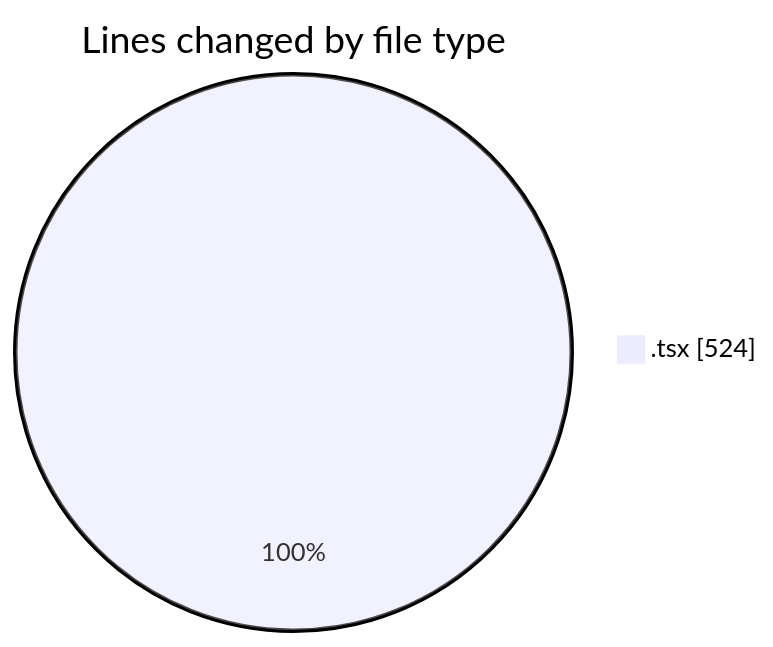
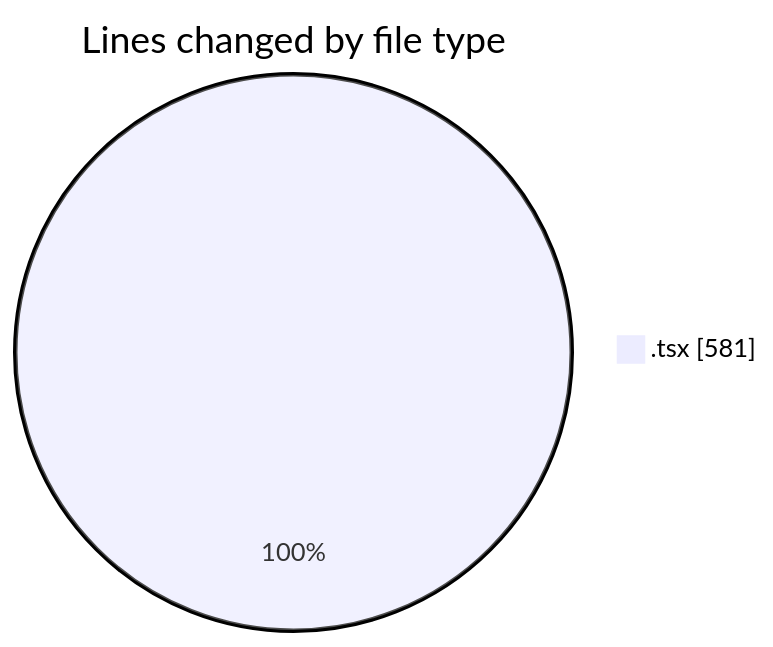
The first of 2 diagrams in 2026-03-10/nxtqube_webapp/README.md (nxtqubesakshisongat/code-tracking), drawn with Mermaid before and after one commit. The commit also changed other lines of this file and 1 other file, not shown here.

````diff
--- a/2026-03-10/nxtqube_webapp/README.md
+++ b/2026-03-10/nxtqube_webapp/README.md
@@ -20,5 +20,5 @@
 ```mermaid
 pie showData
 title Lines changed by file type
-".tsx" : 524
+".tsx" : 581
 ```
````
